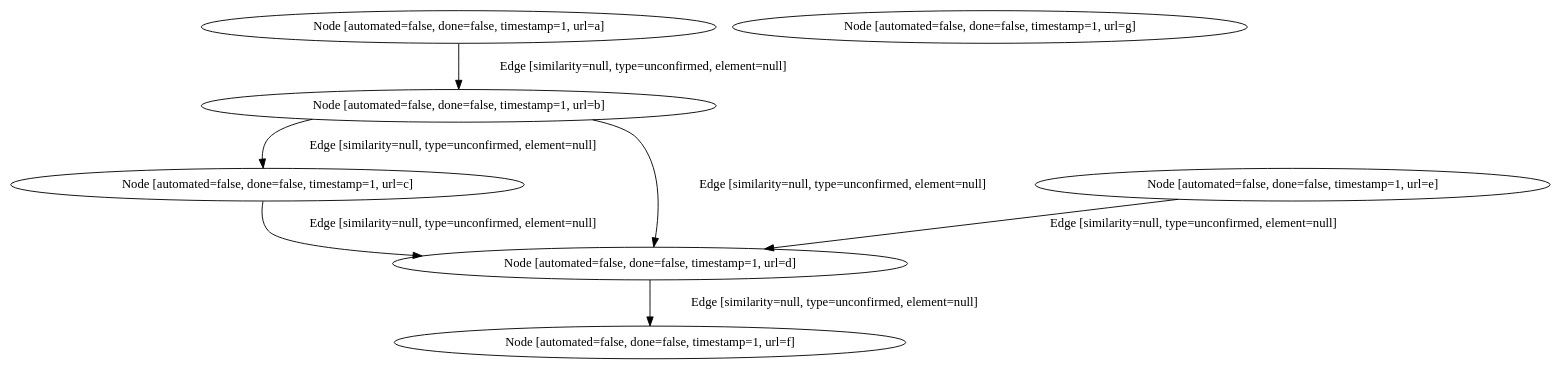
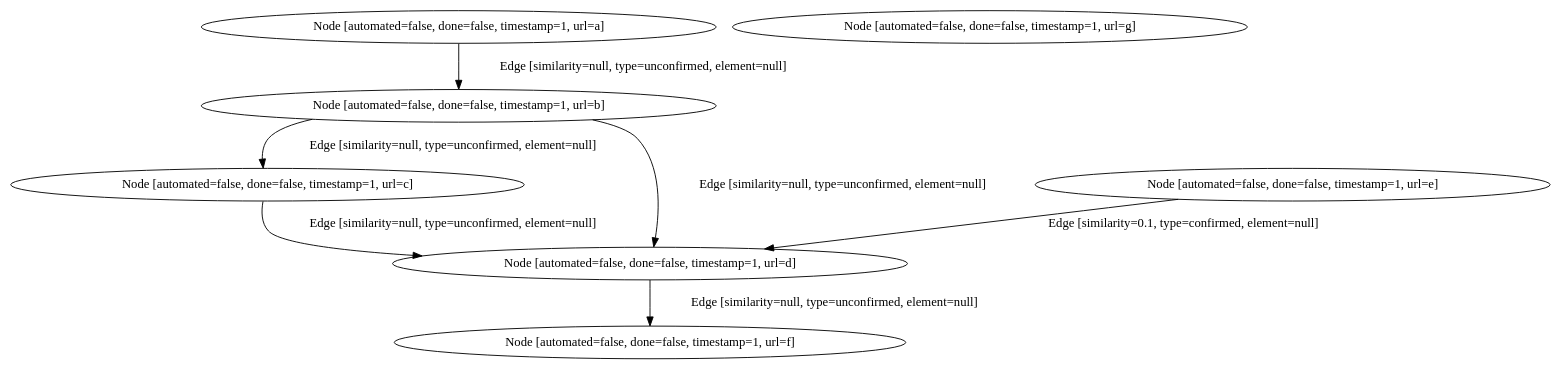
Before and after one commit to anam-mansoor7/BrowserInteractionRegeneration: the diagram in regenerate/graph.dot, drawn with Graphviz. The commit also changed 6 other files, not shown here.

```diff
--- a/regenerate/graph.dot
+++ b/regenerate/graph.dot
@@ -1,15 +1,15 @@
 digraph G {
   1 [ label="Node [automated=false, done=false, timestamp=1, url=a]" ];
   2 [ label="Node [automated=false, done=false, timestamp=1, url=b]" ];
   3 [ label="Node [automated=false, done=false, timestamp=1, url=c]" ];
   4 [ label="Node [automated=false, done=false, timestamp=1, url=d]" ];
   5 [ label="Node [automated=false, done=false, timestamp=1, url=e]" ];
   6 [ label="Node [automated=false, done=false, timestamp=1, url=f]" ];
   7 [ label="Node [automated=false, done=false, timestamp=1, url=g]" ];
   1 -> 2 [ label="Edge [similarity=null, type=unconfirmed, element=null]" ];
   2 -> 3 [ label="Edge [similarity=null, type=unconfirmed, element=null]" ];
   3 -> 4 [ label="Edge [similarity=null, type=unconfirmed, element=null]" ];
   2 -> 4 [ label="Edge [similarity=null, type=unconfirmed, element=null]" ];
-  5 -> 4 [ label="Edge [similarity=null, type=unconfirmed, element=null]" ];
+  5 -> 4 [ label="Edge [similarity=0.1, type=confirmed, element=null]" ];
   4 -> 6 [ label="Edge [similarity=null, type=unconfirmed, element=null]" ];
 }
```
